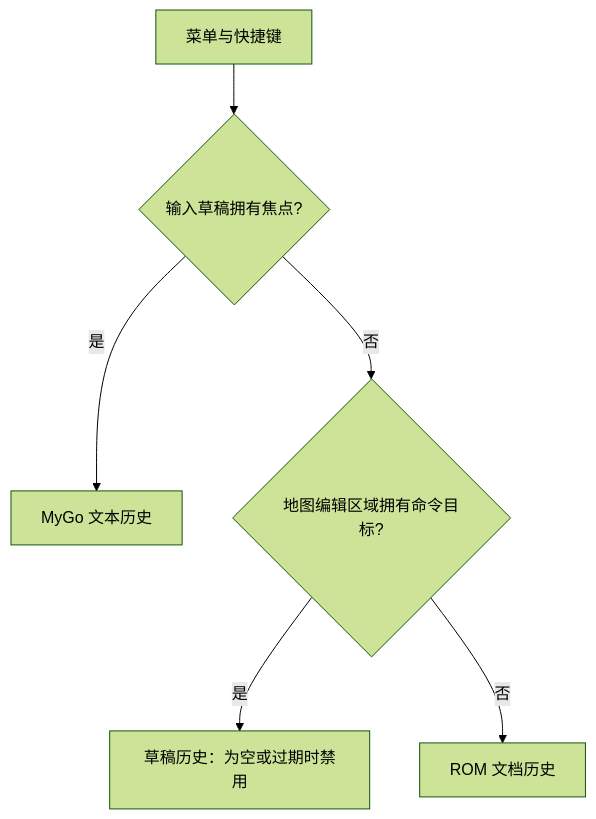
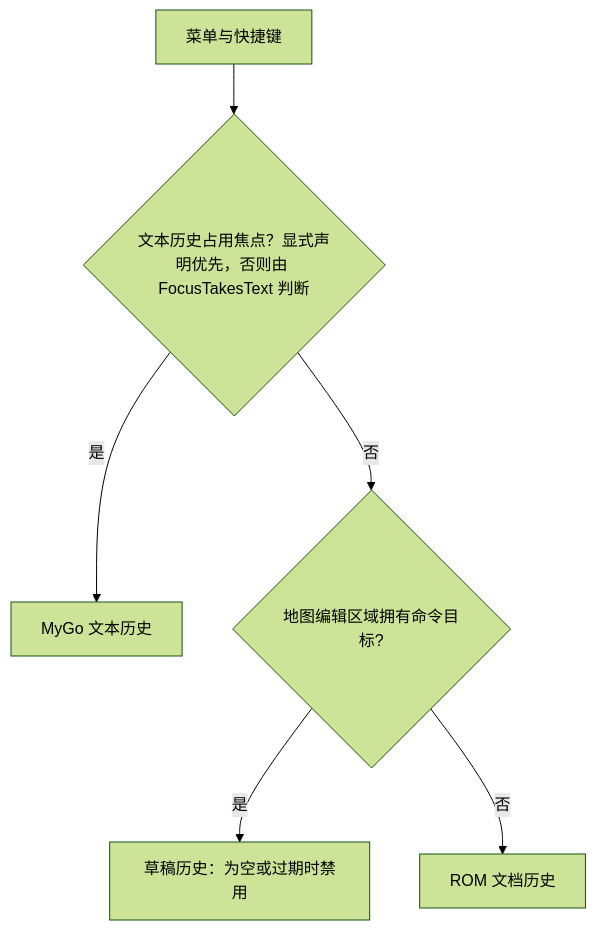
Before and after one commit to woxQAQ/febuildergba-mygo: the second of 2 diagrams in docs/architecture.md, drawn with Mermaid (forest theme). The commit also changed other lines of this file and 7 other files, not shown here.

````diff
--- a/docs/architecture.md
+++ b/docs/architecture.md
@@ -189,8 +189,8 @@
 ```mermaid
 flowchart TD
-    Command[菜单与快捷键] --> Text{输入草稿拥有焦点?}
+    Command[菜单与快捷键] --> Text{"文本历史占用焦点？显式声明优先，否则由 FocusTakesText 判断"}
     Text -- 是 --> Native[MyGo 文本历史]
     Text -- 否 --> Draft{地图编辑区域拥有命令目标?}
     Draft -- 是 --> Local[草稿历史：为空或过期时禁用]
     Draft -- 否 --> Document[ROM 文档历史]
 ```
````
